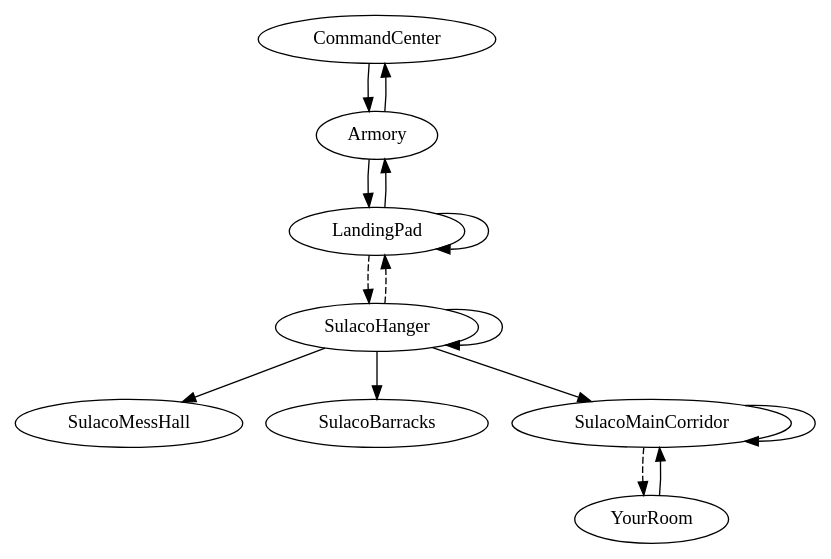
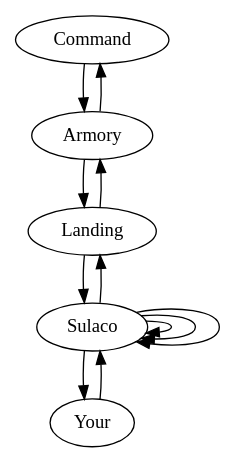
One commit to Ophois47/dave changed the diagram in dave_land_map/map.gv. Above: the diagram before and after it, drawn with Graphviz. The commit also changed 5 other files, not shown here.

```diff
--- a/dave_land_map/map.gv
+++ b/dave_land_map/map.gv
@@ -1,16 +1,13 @@
 digraph map {
-	CommandCenter -> Armory
-	Armory -> CommandCenter
-	Armory -> LandingPad
-	LandingPad -> Armory
-	LandingPad -> LandingPad
-	LandingPad -> SulacoHanger [style=dashed]
-	SulacoHanger -> SulacoHanger
-	SulacoHanger -> LandingPad [style=dashed]
-	SulacoHanger -> SulacoMessHall
-	SulacoHanger -> SulacoBarracks
-	SulacoHanger -> SulacoMainCorridor
-	SulacoMainCorridor -> SulacoMainCorridor
-	SulacoMainCorridor -> YourRoom [style=dashed]
-	YourRoom -> SulacoMainCorridor
+	Command -> Armory
+	Armory -> Command
+	Armory -> Landing
+	Landing -> Armory
+	Landing -> Sulaco
+	Sulaco -> Landing
+	Sulaco -> Sulaco
+	Sulaco -> Sulaco
+	Sulaco -> Sulaco
+	Sulaco -> Your
+	Your -> Sulaco
 }
```
